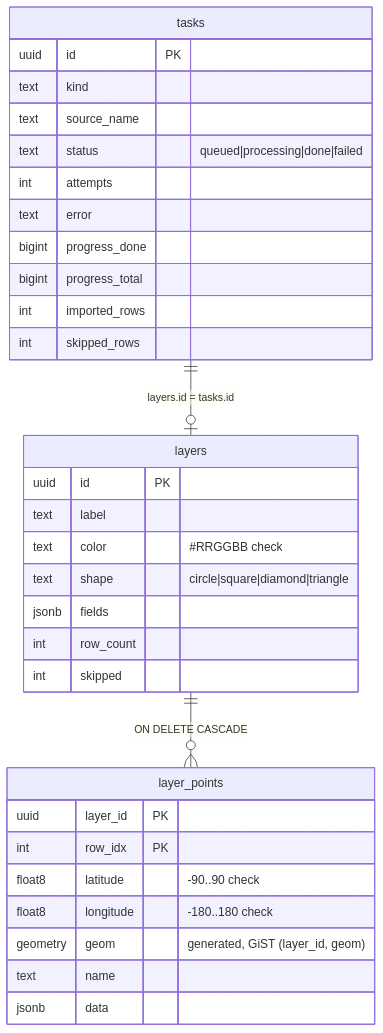
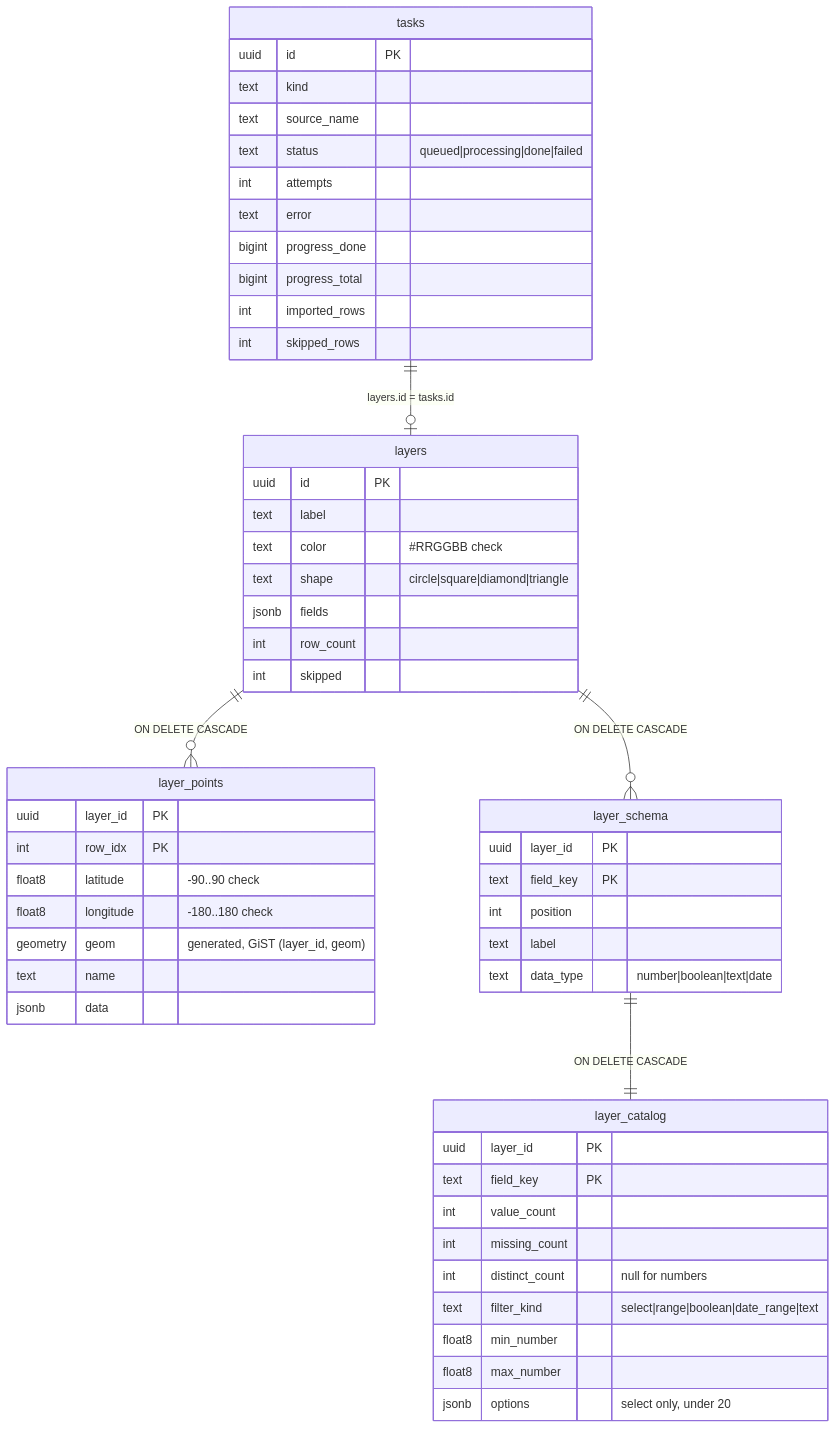
The second of 2 diagrams in @docs/architecture/ARCHITECTURE.md (TryYourIdeas/spacechallenge), drawn with Mermaid before and after one commit. The commit also changed other lines of this file and 17 other files, not shown here.

First line of the commit message:
feat: Apply filters button; layer schema and data catalog driving filters

````diff
--- a/@docs/architecture/ARCHITECTURE.md
+++ b/@docs/architecture/ARCHITECTURE.md
@@ -168,35 +168,55 @@
 ```mermaid
 erDiagram
   tasks ||--o| layers : "layers.id = tasks.id"
   layers ||--o{ layer_points : "ON DELETE CASCADE"
+  layers ||--o{ layer_schema : "ON DELETE CASCADE"
+  layer_schema ||--|| layer_catalog : "ON DELETE CASCADE"
   tasks {
     uuid id PK
     text kind
     text source_name
     text status "queued|processing|done|failed"
     int attempts
     text error
     bigint progress_done
     bigint progress_total
     int imported_rows
     int skipped_rows
   }
   layers {
     uuid id PK
     text label
     text color "#RRGGBB check"
     text shape "circle|square|diamond|triangle"
     jsonb fields
     int row_count
     int skipped
   }
+  layer_schema {
+    uuid layer_id PK
+    text field_key PK
+    int position
+    text label
+    text data_type "number|boolean|text|date"
+  }
+  layer_catalog {
+    uuid layer_id PK
+    text field_key PK
+    int value_count
+    int missing_count
+    int distinct_count "null for numbers"
+    text filter_kind "select|range|boolean|date_range|text"
+    float8 min_number
+    float8 max_number
+    jsonb options "select only, under 20"
+  }
   layer_points {
     uuid layer_id PK
     int row_idx PK
     float8 latitude "-90..90 check"
     float8 longitude "-180..180 check"
     geometry geom "generated, GiST (layer_id, geom)"
     text name
     jsonb data
   }
 ```
````
